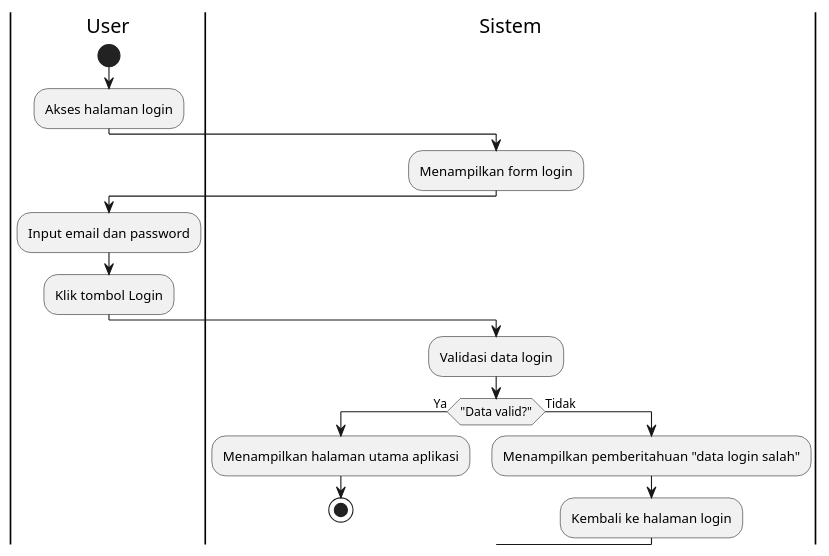
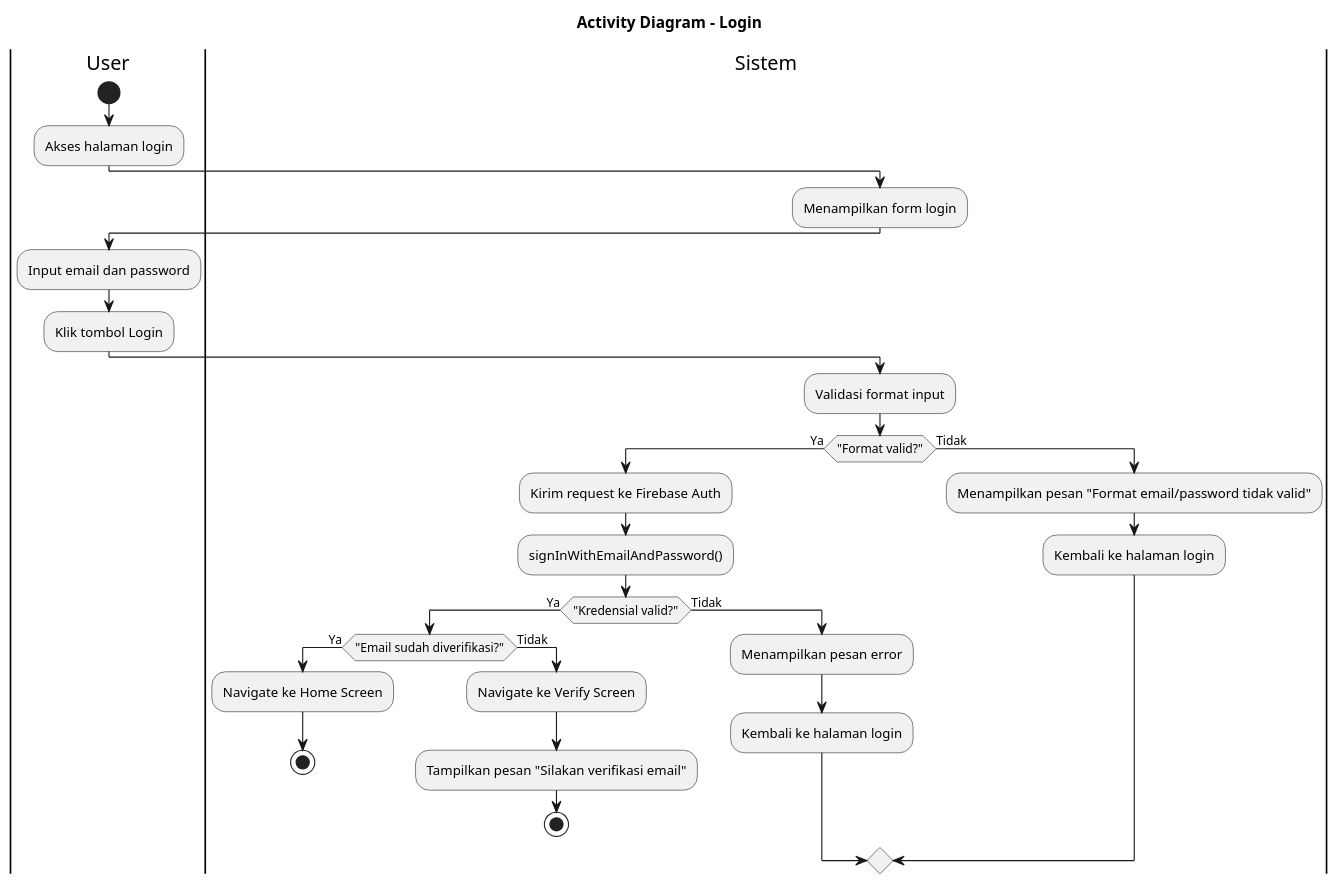
Before and after one commit to DarmawanWisnu/flutter-cea-system: the diagram in docs/diagrams/activity/activity_login.puml, drawn with PlantUML. The commit also changed 29 other files, not shown here.

```diff
--- a/docs/diagrams/activity/activity_login.puml
+++ b/docs/diagrams/activity/activity_login.puml
@@ -1,22 +1,39 @@
 @startuml
+title Activity Diagram - Login
+
 |User|
 start
 :Akses halaman login;
 
 |Sistem|
 :Menampilkan form login;
 
 |User|
 :Input email dan password;
 :Klik tombol Login;
 
 |Sistem|
-:Validasi data login;
-if ("Data valid?") then (Ya)
-  :Menampilkan halaman utama aplikasi;
-  stop
+:Validasi format input;
+
+if ("Format valid?") then (Ya)
+  :Kirim request ke Firebase Auth;
+  :signInWithEmailAndPassword();
+  
+  if ("Kredensial valid?") then (Ya)
+    if ("Email sudah diverifikasi?") then (Ya)
+      :Navigate ke Home Screen;
+      stop
+    else (Tidak)
+      :Navigate ke Verify Screen;
+      :Tampilkan pesan "Silakan verifikasi email";
+      stop
+    endif
+  else (Tidak)
+    :Menampilkan pesan error;
+    :Kembali ke halaman login;
+  endif
 else (Tidak)
-  :Menampilkan pemberitahuan "data login salah";
+  :Menampilkan pesan "Format email/password tidak valid";
   :Kembali ke halaman login;
 endif
 @enduml
```
